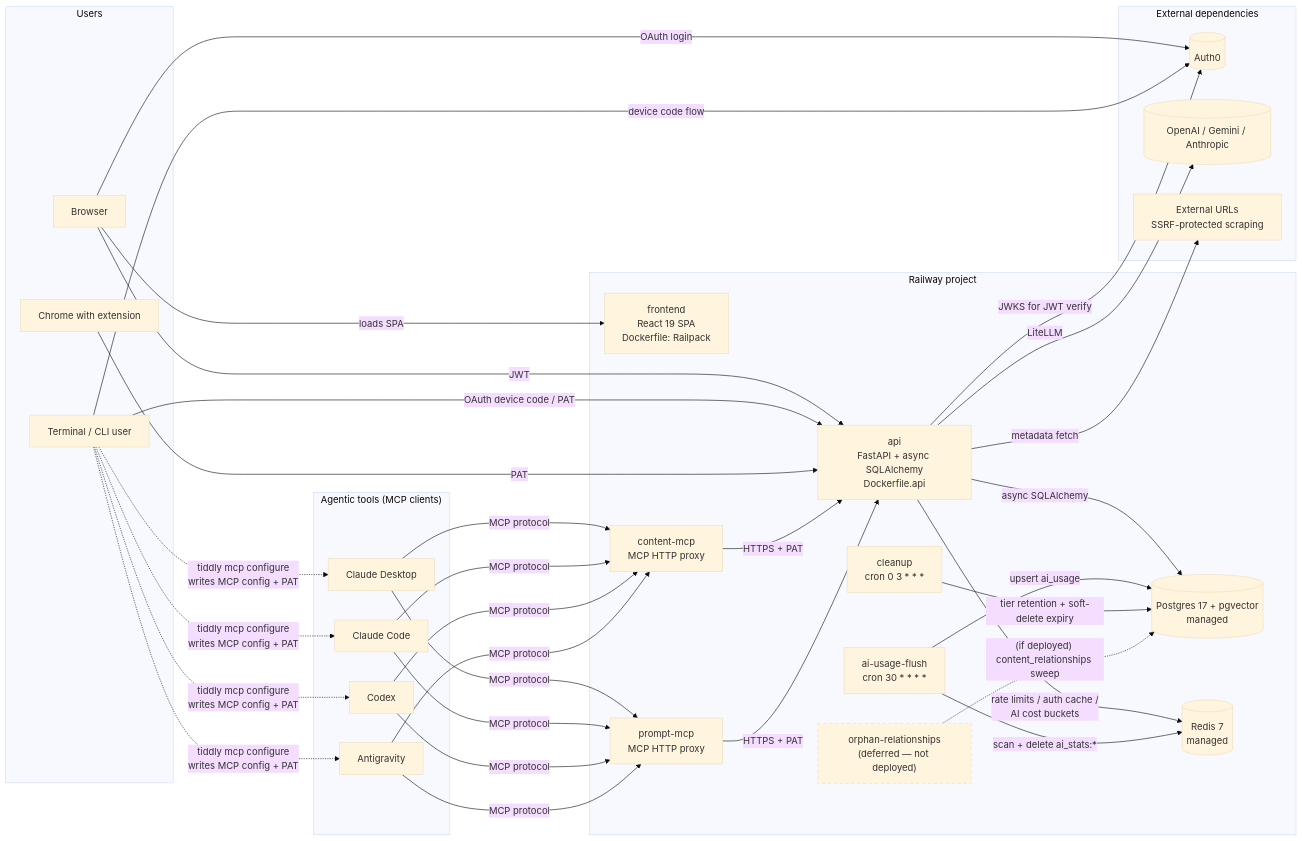
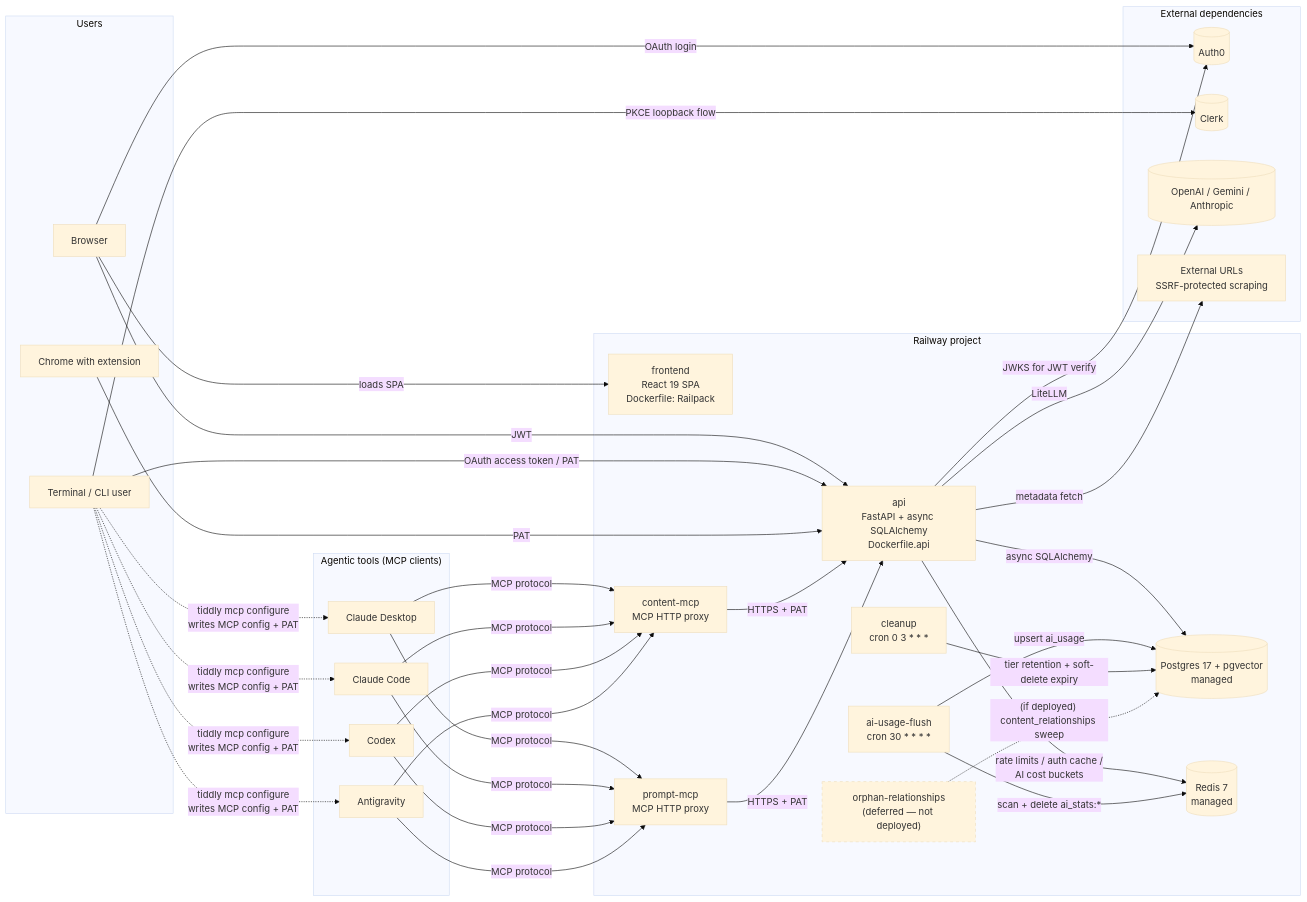
Before and after one commit to shane-kercheval/tiddly: the diagram in docs/architecture.md, drawn with Mermaid (base theme). The commit also changed other lines of this file and 11 other files, not shown here.

````diff
--- a/docs/architecture.md
+++ b/docs/architecture.md
@@ -11,78 +11,79 @@
 ```mermaid
 flowchart LR
     %% External actors / dependencies
     subgraph Users["Users"]
         Browser[Browser]
         CLITerm[Terminal / CLI user]
         ChromeBrowser[Chrome with extension]
     end
 
     subgraph AgenticTools["Agentic tools (MCP clients)"]
         ClaudeDesktop[Claude Desktop]
         ClaudeCode[Claude Code]
         Codex[Codex]
         Antigravity[Antigravity]
     end
 
     subgraph ExternalDeps["External dependencies"]
         Auth0[(Auth0)]
+        Clerk[(Clerk)]
         LLMs[(OpenAI / Gemini / Anthropic)]
         Scrape[External URLs\nSSRF-protected scraping]
     end
 
     %% Internal services
     subgraph Railway["Railway project"]
         Frontend["frontend\nReact 19 SPA\nDockerfile: Railpack"]
         API["api\nFastAPI + async SQLAlchemy\nDockerfile.api"]
         ContentMCP["content-mcp\nMCP HTTP proxy"]
         PromptMCP["prompt-mcp\nMCP HTTP proxy"]
         FlushCron["ai-usage-flush\ncron 30 * * * *"]
         CleanupCron["cleanup\ncron 0 3 * * *"]
         OrphanCron["orphan-relationships\n(deferred — not deployed)"]
         Postgres[("Postgres 17 + pgvector\nmanaged")]
         Redis[("Redis 7\nmanaged")]
     end
 
     %% User flows
     Browser -->|"loads SPA"| Frontend
     Browser -->|"OAuth login"| Auth0
     Browser -->|"JWT"| API
-    CLITerm -->|"OAuth device code / PAT"| API
-    CLITerm -->|"device code flow"| Auth0
+    CLITerm -->|"OAuth access token / PAT"| API
+    CLITerm -->|"PKCE loopback flow"| Clerk
     ChromeBrowser -->|"PAT"| API
 
     %% CLI configures agentic tools (one-time setup, writes local config files)
     CLITerm -.->|"tiddly mcp configure\nwrites MCP config + PAT"| ClaudeDesktop
     CLITerm -.->|"tiddly mcp configure\nwrites MCP config + PAT"| ClaudeCode
     CLITerm -.->|"tiddly mcp configure\nwrites MCP config + PAT"| Codex
     CLITerm -.->|"tiddly mcp configure\nwrites MCP config + PAT"| Antigravity
 
     %% Agentic tool flows
     ClaudeDesktop -->|"MCP protocol"| ContentMCP
     ClaudeDesktop -->|"MCP protocol"| PromptMCP
     ClaudeCode -->|"MCP protocol"| ContentMCP
     ClaudeCode -->|"MCP protocol"| PromptMCP
     Codex -->|"MCP protocol"| ContentMCP
     Codex -->|"MCP protocol"| PromptMCP
     Antigravity -->|"MCP protocol"| ContentMCP
     Antigravity -->|"MCP protocol"| PromptMCP
 
     ContentMCP -->|"HTTPS + PAT"| API
     PromptMCP -->|"HTTPS + PAT"| API
 
     %% API fan-out
     API -->|"async SQLAlchemy"| Postgres
     API -->|"rate limits / auth cache /\nAI cost buckets"| Redis
     API -->|"JWKS for JWT verify"| Auth0
     API -->|"LiteLLM"| LLMs
     API -->|"metadata fetch"| Scrape
 
     %% Cron flows
     FlushCron -->|"scan + delete ai_stats:*"| Redis
     FlushCron -->|"upsert ai_usage"| Postgres
     CleanupCron -->|"tier retention + soft-delete expiry"| Postgres
     OrphanCron -.->|"(if deployed) content_relationships sweep"| Postgres
 
     classDef deferred stroke-dasharray: 5 5;
     class OrphanCron deferred;
 ```
````
